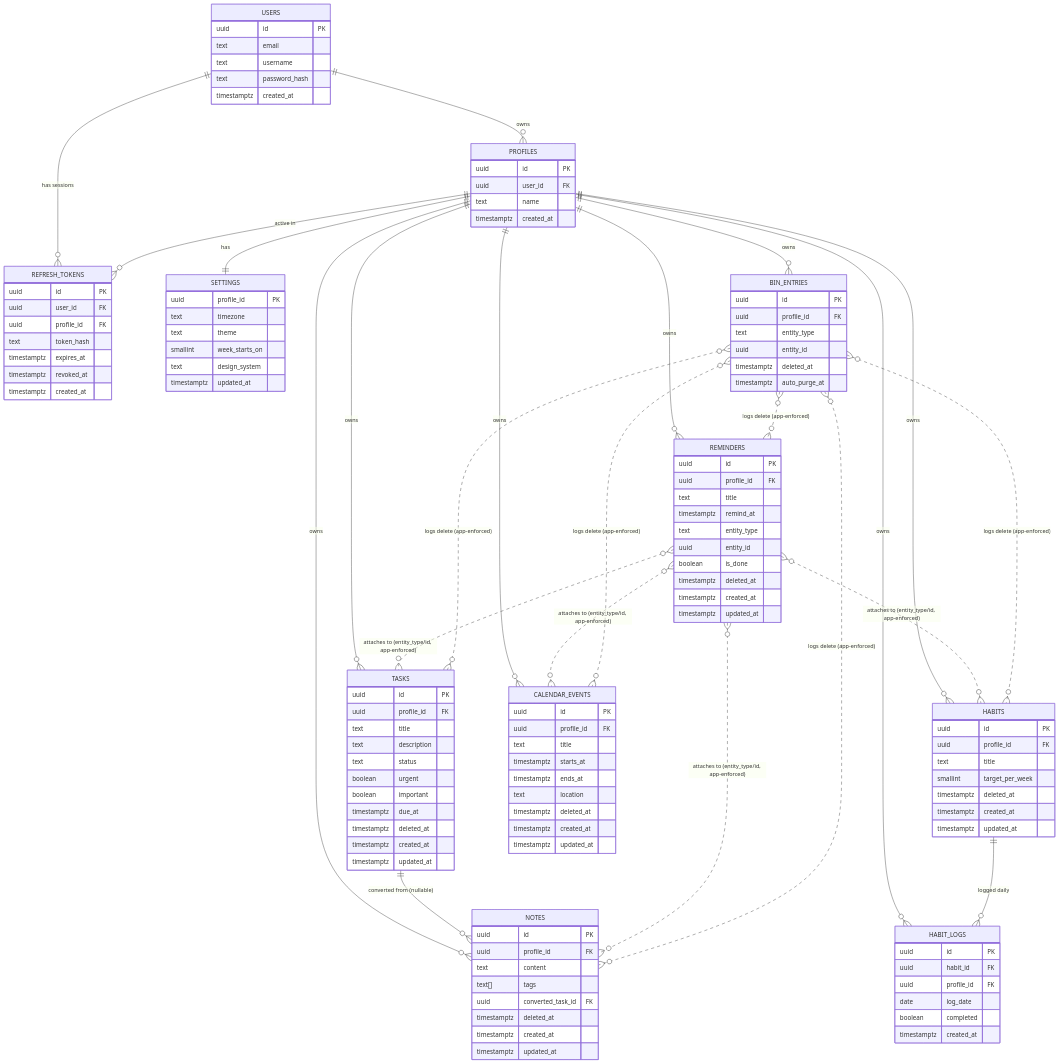
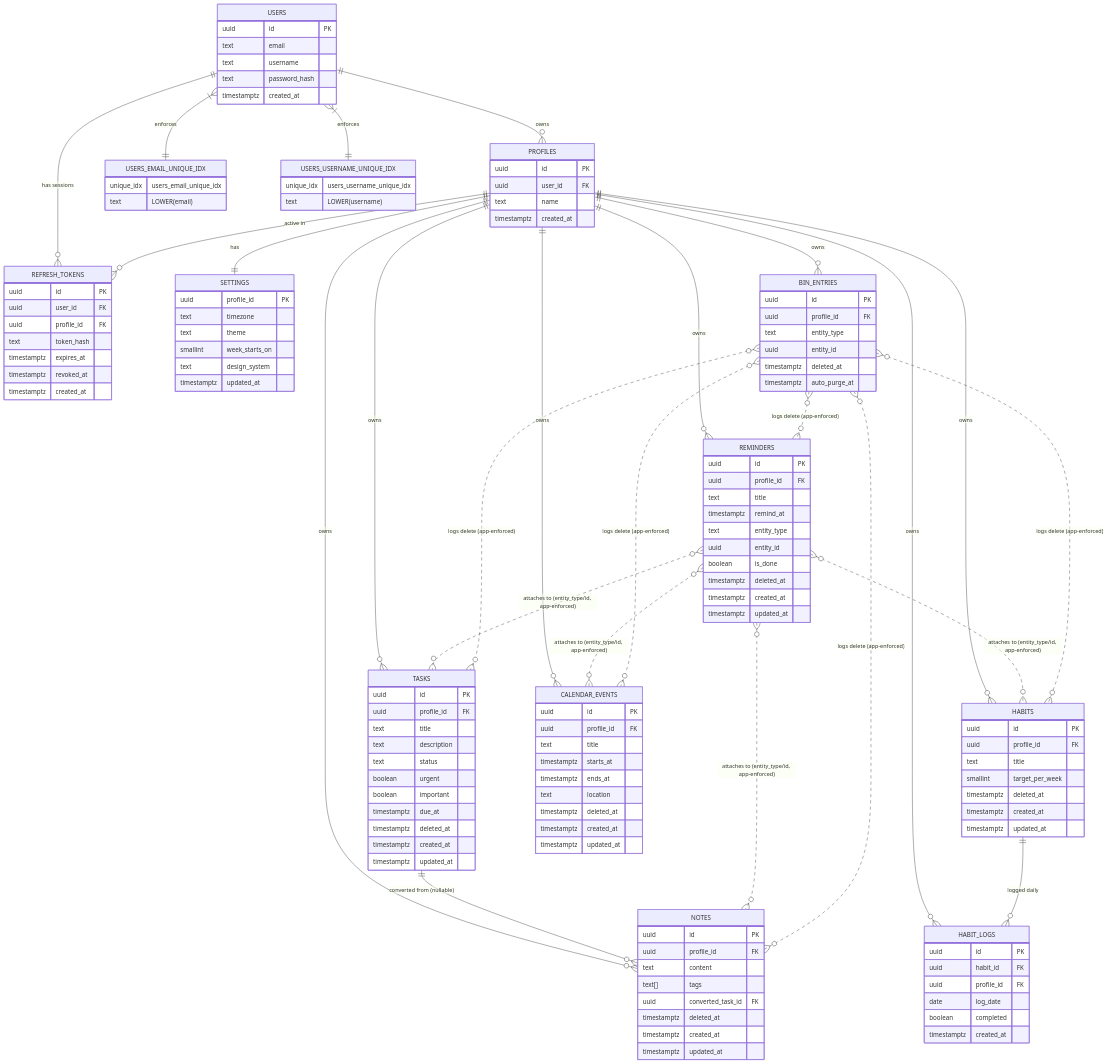
One commit to BhavanathJ/second-brain changed the diagram in db/schema-erd.mmd. Above: the diagram before and after it, drawn with Mermaid. The commit also changed 11 other files, not shown here.

First line of the commit message:
feat: replace 6 files with updated auth/schema/mock/test content + update ERD diagrams

```diff
--- a/db/schema-erd.mmd
+++ b/db/schema-erd.mmd
@@ -1,129 +1,141 @@
 erDiagram
   USERS ||--o{ PROFILES : owns
+  USERS }|--|| USERS_EMAIL_UNIQUE_IDX : enforces
+  USERS }|--|| USERS_USERNAME_UNIQUE_IDX : enforces
   USERS ||--o{ REFRESH_TOKENS : "has sessions"
   PROFILES ||--o{ REFRESH_TOKENS : "active in"
 
   PROFILES ||--|| SETTINGS : has
   PROFILES ||--o{ TASKS : owns
   PROFILES ||--o{ NOTES : owns
   PROFILES ||--o{ HABITS : owns
   PROFILES ||--o{ HABIT_LOGS : owns
   PROFILES ||--o{ CALENDAR_EVENTS : owns
   PROFILES ||--o{ REMINDERS : owns
   PROFILES ||--o{ BIN_ENTRIES : owns
 
   TASKS ||--o{ NOTES : "converted from (nullable)"
   HABITS ||--o{ HABIT_LOGS : "logged daily"
 
   REMINDERS }o..o{ TASKS : "attaches to (entity_type/id, app-enforced)"
   REMINDERS }o..o{ HABITS : "attaches to (entity_type/id, app-enforced)"
   REMINDERS }o..o{ CALENDAR_EVENTS : "attaches to (entity_type/id, app-enforced)"
   REMINDERS }o..o{ NOTES : "attaches to (entity_type/id, app-enforced)"
 
   BIN_ENTRIES }o..o{ TASKS : "logs delete (app-enforced)"
   BIN_ENTRIES }o..o{ NOTES : "logs delete (app-enforced)"
   BIN_ENTRIES }o..o{ HABITS : "logs delete (app-enforced)"
   BIN_ENTRIES }o..o{ CALENDAR_EVENTS : "logs delete (app-enforced)"
   BIN_ENTRIES }o..o{ REMINDERS : "logs delete (app-enforced)"
 
   USERS {
     uuid id PK
     text email
     text username
     text password_hash
     timestamptz created_at
+  }
+
+  USERS_EMAIL_UNIQUE_IDX {
+    unique_idx users_email_unique_idx
+    text LOWER(email)
+  }
+
+  USERS_USERNAME_UNIQUE_IDX {
+    unique_idx users_username_unique_idx
+    text LOWER(username)
   }
   PROFILES {
     uuid id PK
     uuid user_id FK
     text name
     timestamptz created_at
   }
   REFRESH_TOKENS {
     uuid id PK
     uuid user_id FK
     uuid profile_id FK
     text token_hash
     timestamptz expires_at
     timestamptz revoked_at
     timestamptz created_at
   }
   SETTINGS {
     uuid profile_id PK
     text timezone
     text theme
     smallint week_starts_on
     text design_system
     timestamptz updated_at
   }
   TASKS {
     uuid id PK
     uuid profile_id FK
     text title
     text description
     text status
     boolean urgent
     boolean important
     timestamptz due_at
     timestamptz deleted_at
     timestamptz created_at
     timestamptz updated_at
   }
   NOTES {
     uuid id PK
     uuid profile_id FK
     text content
     text[] tags
     uuid converted_task_id FK
     timestamptz deleted_at
     timestamptz created_at
     timestamptz updated_at
   }
   HABITS {
     uuid id PK
     uuid profile_id FK
     text title
     smallint target_per_week
     timestamptz deleted_at
     timestamptz created_at
     timestamptz updated_at
   }
   HABIT_LOGS {
     uuid id PK
     uuid habit_id FK
     uuid profile_id FK
     date log_date
     boolean completed
     timestamptz created_at
   }
   CALENDAR_EVENTS {
     uuid id PK
     uuid profile_id FK
     text title
     timestamptz starts_at
     timestamptz ends_at
     text location
     timestamptz deleted_at
     timestamptz created_at
     timestamptz updated_at
   }
   REMINDERS {
     uuid id PK
     uuid profile_id FK
     text title
     timestamptz remind_at
     text entity_type
     uuid entity_id
     boolean is_done
     timestamptz deleted_at
     timestamptz created_at
     timestamptz updated_at
   }
   BIN_ENTRIES {
     uuid id PK
     uuid profile_id FK
     text entity_type
     uuid entity_id
     timestamptz deleted_at
     timestamptz auto_purge_at
   }
```
